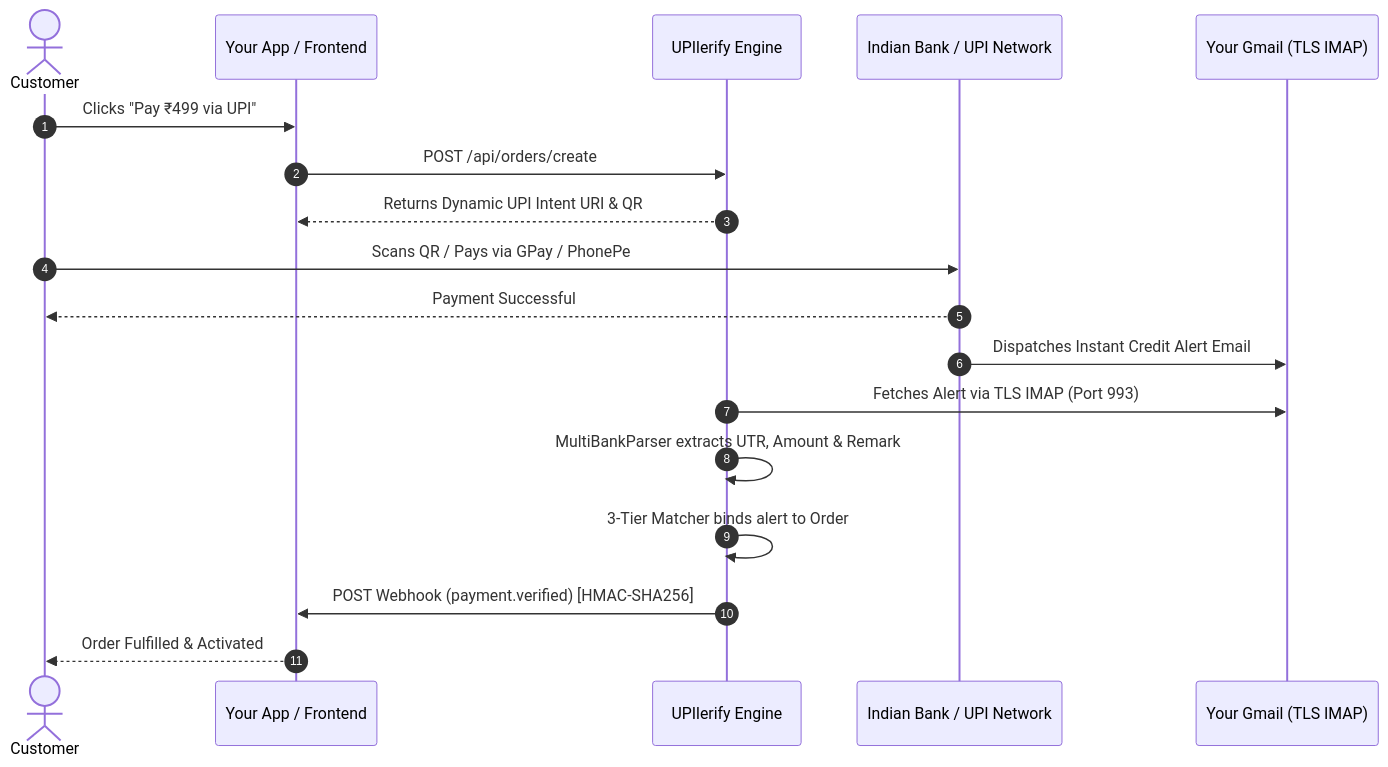
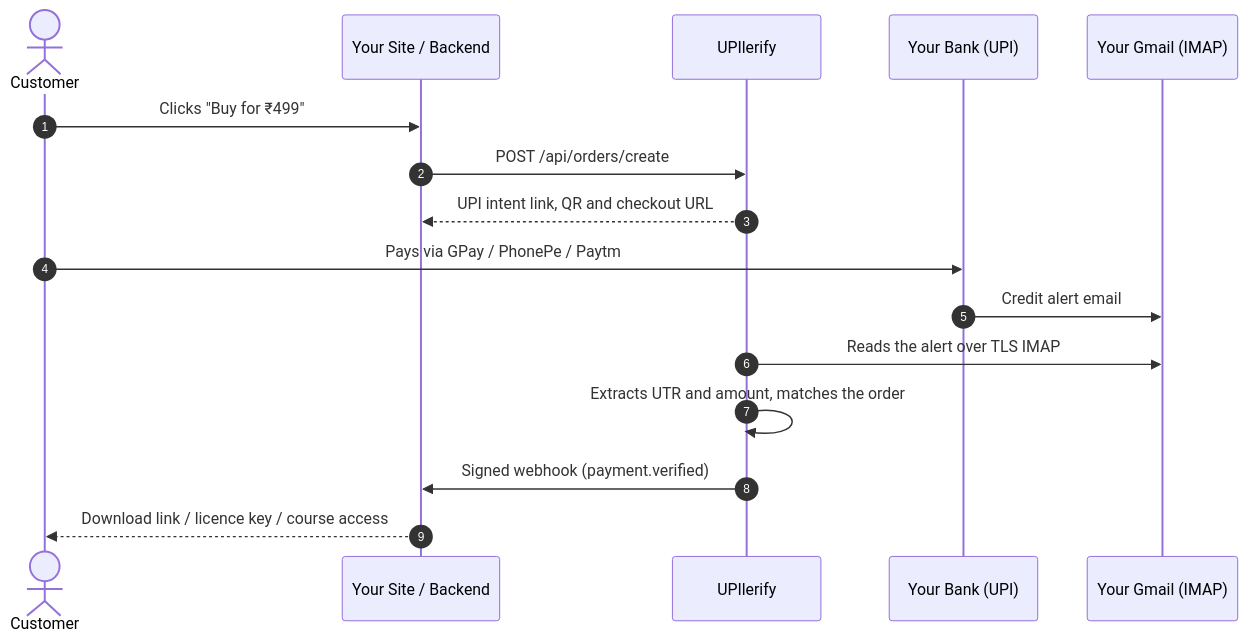
Before and after one commit to akshatXD-hash/UPILerify: the diagram in README.md, drawn with Mermaid. The commit also changed other lines of this file, not shown here.

````diff
--- a/README.md
+++ b/README.md
@@ -60,21 +67,19 @@
 ```mermaid
 sequenceDiagram
     autonumber
     actor Customer
-    participant App as Your App / Frontend
-    participant UPIlerify as UPIlerify Engine
-    participant Bank as Indian Bank / UPI Network
-    participant Gmail as Your Gmail (TLS IMAP)
+    participant App as Your Site / Backend
+    participant UPIlerify as UPIlerify
+    participant Bank as Your Bank (UPI)
+    participant Gmail as Your Gmail (IMAP)
 
-    Customer->>App: Clicks "Pay ₹499 via UPI"
+    Customer->>App: Clicks "Buy for ₹499"
     App->>UPIlerify: POST /api/orders/create
-    UPIlerify-->>App: Returns Dynamic UPI Intent URI & QR
-    Customer->>Bank: Scans QR / Pays via GPay / PhonePe
-    Bank-->>Customer: Payment Successful
-    Bank->>Gmail: Dispatches Instant Credit Alert Email
-    UPIlerify->>Gmail: Fetches Alert via TLS IMAP (Port 993)
-    UPIlerify->>UPIlerify: MultiBankParser extracts UTR, Amount & Remark
-    UPIlerify->>UPIlerify: 3-Tier Matcher binds alert to Order
-    UPIlerify->>App: POST Webhook (payment.verified) [HMAC-SHA256]
-    App-->>Customer: Order Fulfilled & Activated
+    UPIlerify-->>App: UPI intent link, QR and checkout URL
+    Customer->>Bank: Pays via GPay / PhonePe / Paytm
+    Bank->>Gmail: Credit alert email
+    UPIlerify->>Gmail: Reads the alert over TLS IMAP
+    UPIlerify->>UPIlerify: Extracts UTR and amount, matches the order
+    UPIlerify->>App: Signed webhook (payment.verified)
+    App-->>Customer: Download link / licence key / course access
 ```
````
